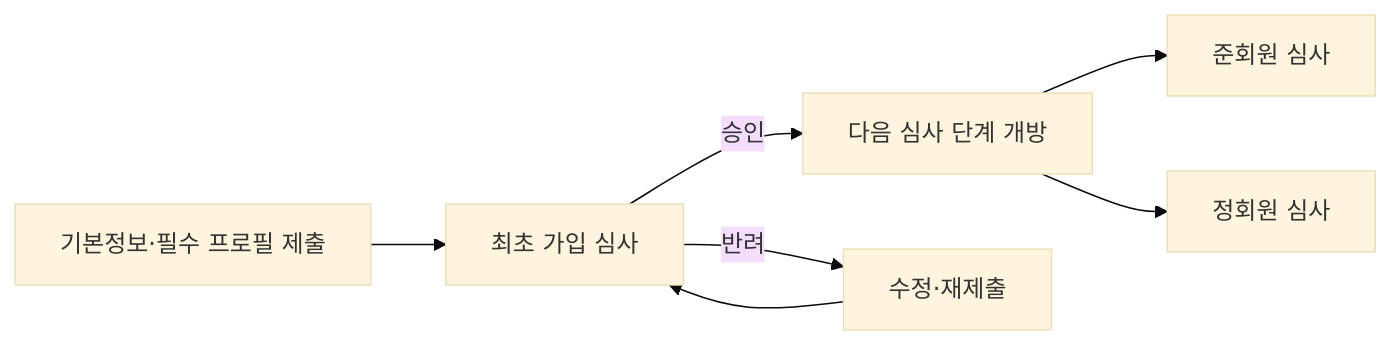
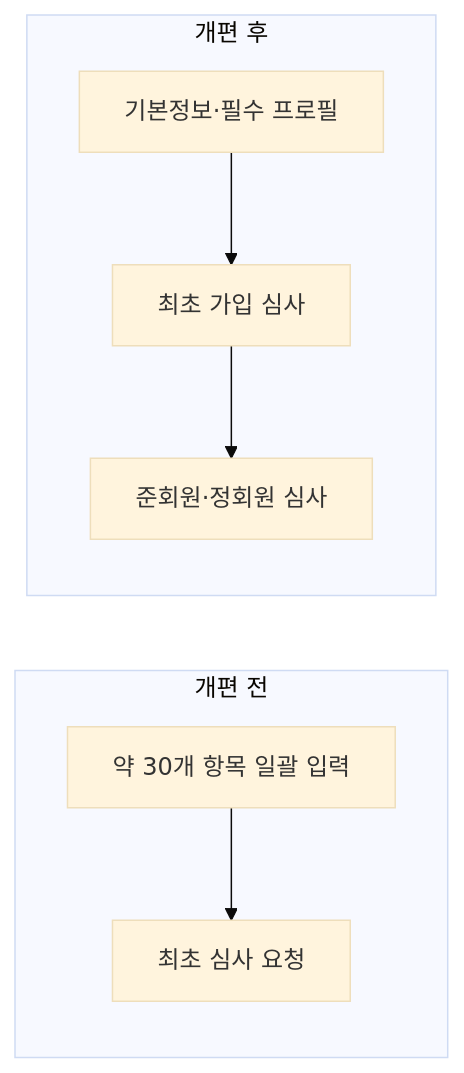
Before and after one commit to zmrdltl/portfolio: the first of 3 diagrams in docs/projects/coupler.md, drawn with Mermaid (base theme). The commit also changed other lines of this file and 12 other files, not shown here.

````diff
--- a/docs/projects/coupler.md
+++ b/docs/projects/coupler.md
@@ -23,9 +21,13 @@
 ```mermaid
 flowchart LR
-  submit["기본정보·필수 프로필 제출"] --> initial["최초 가입 심사"]
-  initial -->|승인| next["다음 심사 단계 개방"]
-  initial -->|반려| reapply["수정·재제출"]
-  reapply --> initial
-  next --> associate["준회원 심사"]
-  next --> full["정회원 심사"]
+  subgraph before["개편 전"]
+    direction TB
+    all_fields["약 30개 항목 일괄 입력"] --> first_request["최초 심사 요청"]
+  end
+
+  subgraph after["개편 후"]
+    direction TB
+    essentials["기본정보·필수 프로필"] --> initial_review["최초 가입 심사"]
+    initial_review --> later_reviews["준회원·정회원 심사"]
+  end
 ```
````
